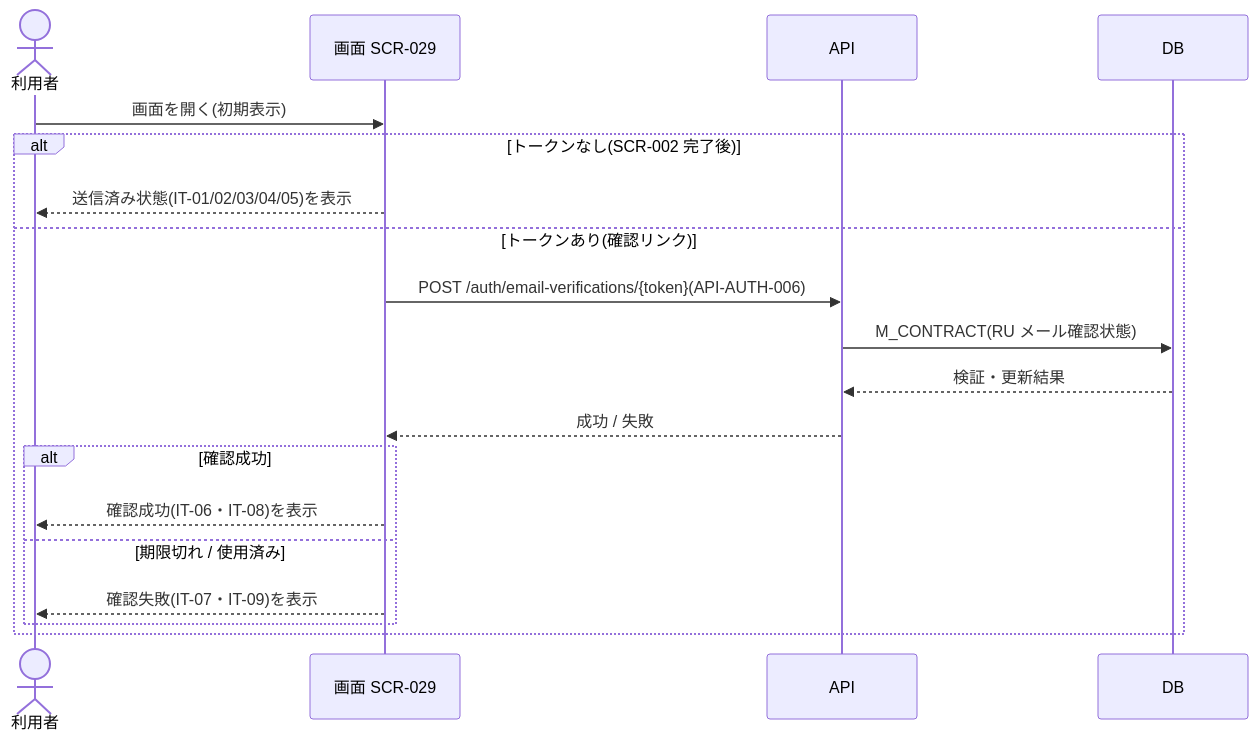
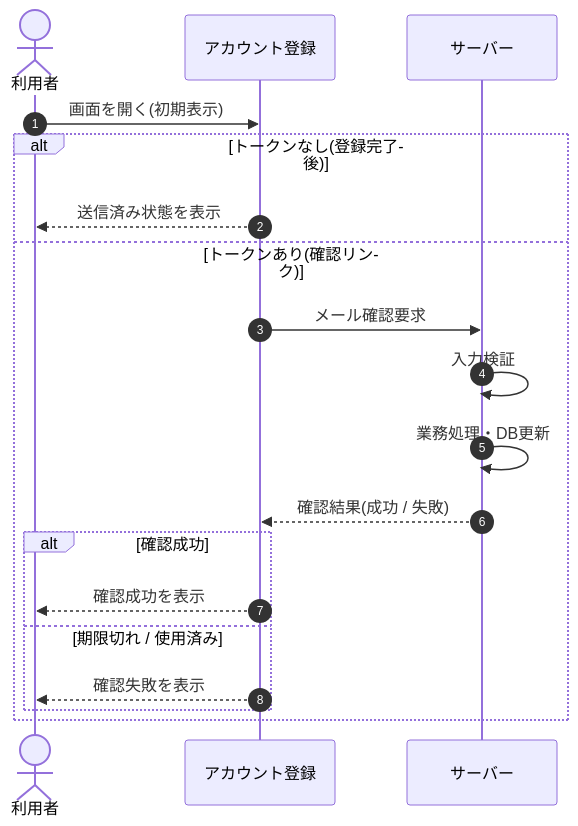
One commit to sikakou54/open-faq changed the diagram in 02_basic_design/05_sequences/SEQ-064.md. Above: the diagram before and after it, drawn with Mermaid. The commit also changed other lines of this file and 108 other files, not shown here.

First line of the commit message:
基本設計: シーケンス図を基本設計粒度(ユーザー/画面/サーバー)へ再編成

````diff
--- a/02_basic_design/05_sequences/SEQ-064.md
+++ b/02_basic_design/05_sequences/SEQ-064.md
@@ -25,21 +32,21 @@
 ```mermaid
 sequenceDiagram
+  autonumber
   actor U as 利用者
-  participant S as 画面 SCR-029
-  participant API as API
-  participant DB as DB
-  U->>S: 画面を開く(初期表示)
-  alt トークンなし(SCR-002 完了後)
-    S-->>U: 送信済み状態(IT-01/02/03/04/05)を表示
+  participant Screen as アカウント登録
+  participant Server as サーバー
+  U->>Screen: 画面を開く(初期表示)
+  alt トークンなし(登録完了後)
+    Screen-->>U: 送信済み状態を表示
   else トークンあり(確認リンク)
-    S->>API: POST /auth/email-verifications/{token}(API-AUTH-006)
-    API->>DB: M_CONTRACT(RU メール確認状態)
-    DB-->>API: 検証・更新結果
-    API-->>S: 成功 / 失敗
+    Screen->>Server: メール確認要求
+    Server->>Server: 入力検証
+    Server->>Server: 業務処理・DB更新
+    Server-->>Screen: 確認結果(成功 / 失敗)
     alt 確認成功
-      S-->>U: 確認成功(IT-06・IT-08)を表示
+      Screen-->>U: 確認成功を表示
     else 期限切れ / 使用済み
-      S-->>U: 確認失敗(IT-07・IT-09)を表示
+      Screen-->>U: 確認失敗を表示
     end
   end
 ```
````
